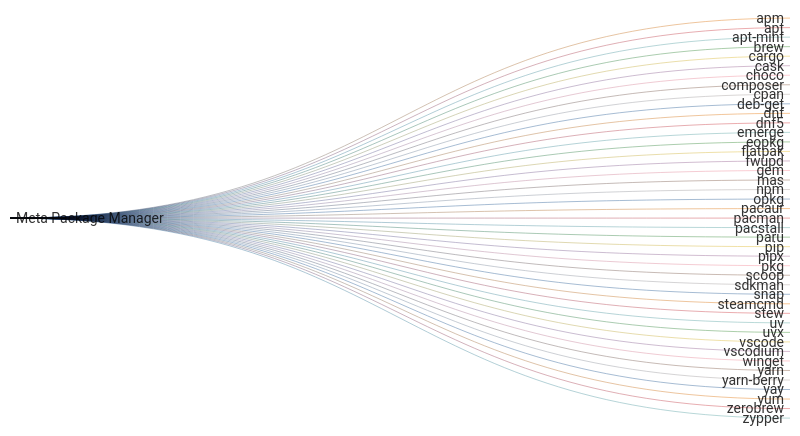
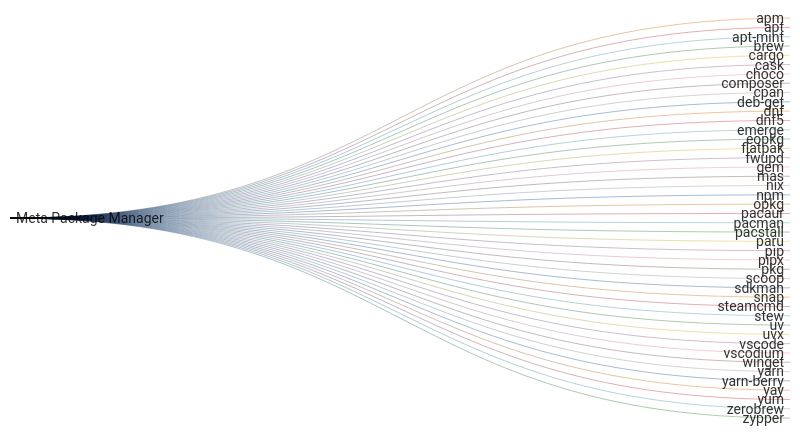
The diagram in readme.md (kdeldycke/meta-package-manager), drawn with Mermaid before and after one commit. The commit also changed other lines of this file and 10 other files, not shown here.

Commit message:
Add Nix package manager

````diff
--- a/readme.md
+++ b/readme.md
@@ -70,50 +70,51 @@
 ```mermaid
 ---
 config: {"sankey": {"showValues": false, "width": 800, "height": 400}}
 ---
 sankey-beta
 
 Meta Package Manager,apm,1
 Meta Package Manager,apt,1
 Meta Package Manager,apt-mint,1
 Meta Package Manager,brew,1
 Meta Package Manager,cargo,1
 Meta Package Manager,cask,1
 Meta Package Manager,choco,1
 Meta Package Manager,composer,1
 Meta Package Manager,cpan,1
 Meta Package Manager,deb-get,1
 Meta Package Manager,dnf,1
 Meta Package Manager,dnf5,1
 Meta Package Manager,emerge,1
 Meta Package Manager,eopkg,1
 Meta Package Manager,flatpak,1
 Meta Package Manager,fwupd,1
 Meta Package Manager,gem,1
 Meta Package Manager,mas,1
+Meta Package Manager,nix,1
 Meta Package Manager,npm,1
 Meta Package Manager,opkg,1
 Meta Package Manager,pacaur,1
 Meta Package Manager,pacman,1
 Meta Package Manager,pacstall,1
 Meta Package Manager,paru,1
 Meta Package Manager,pip,1
 Meta Package Manager,pipx,1
 Meta Package Manager,pkg,1
 Meta Package Manager,scoop,1
 Meta Package Manager,sdkman,1
 Meta Package Manager,snap,1
 Meta Package Manager,steamcmd,1
 Meta Package Manager,stew,1
 Meta Package Manager,uv,1
 Meta Package Manager,uvx,1
 Meta Package Manager,vscode,1
 Meta Package Manager,vscodium,1
 Meta Package Manager,winget,1
 Meta Package Manager,yarn,1
 Meta Package Manager,yarn-berry,1
 Meta Package Manager,yay,1
 Meta Package Manager,yum,1
 Meta Package Manager,zerobrew,1
 Meta Package Manager,zypper,1
 ```
````
